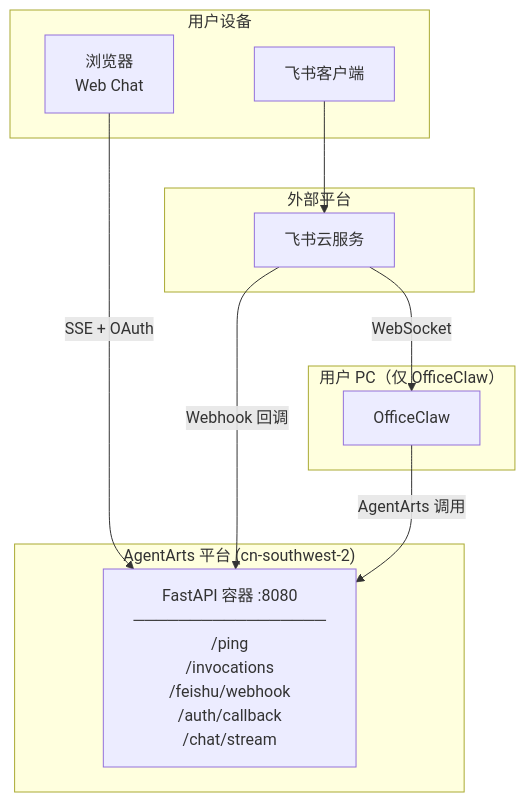
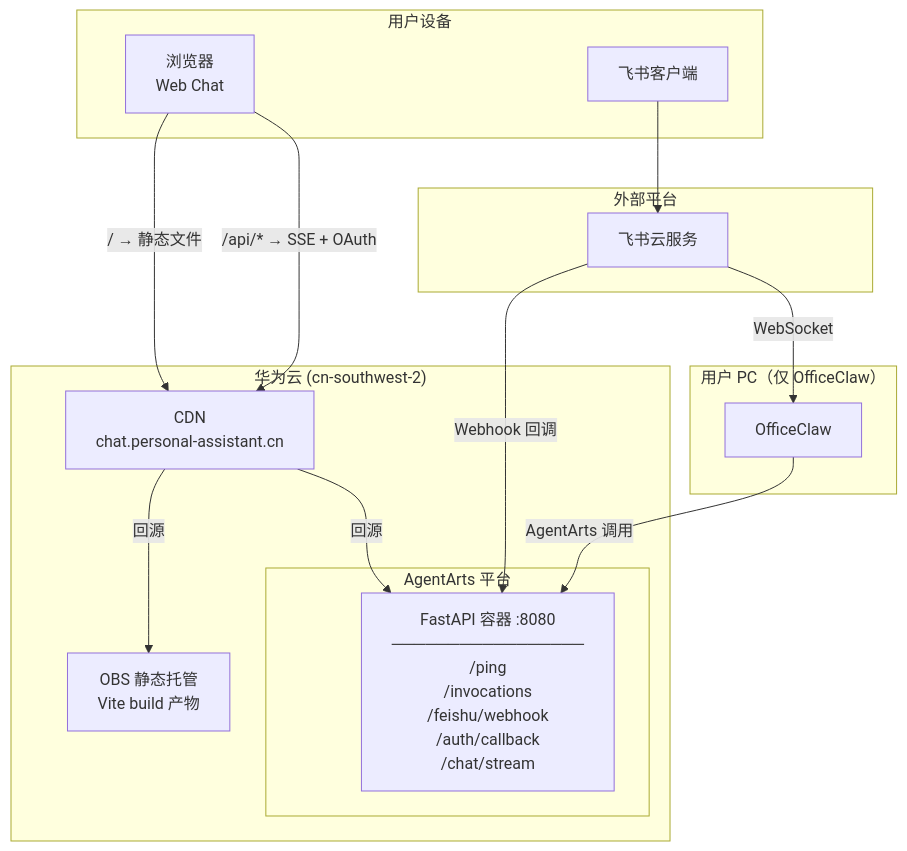
The seventh of 7 diagrams in personal-assistant-meta/architecture/frontend_architecture.md (T-1009/personal-assistant), drawn with Mermaid before and after one commit. The commit also changed other lines of this file, not shown here.

````diff
--- a/personal-assistant-meta/architecture/frontend_architecture.md
+++ b/personal-assistant-meta/architecture/frontend_architecture.md
@@ -196,25 +198,32 @@
 ```mermaid
 flowchart TB
     subgraph UserDevices["用户设备"]
         Browser["浏览器<br/>Web Chat"]
         FeishuApp["飞书客户端"]
     end
 
     subgraph ExternalPlatforms["外部平台"]
         FeishuCloud["飞书云服务"]
     end
 
     subgraph UserPC["用户 PC（仅 OfficeClaw）"]
         OC["OfficeClaw"]
     end
 
-    subgraph AgentArts["AgentArts 平台 (cn-southwest-2)"]
-        FastAPI["FastAPI 容器 :8080<br/>─────────────────<br/>/ping<br/>/invocations<br/>/feishu/webhook<br/>/auth/callback<br/>/chat/stream"]
+    subgraph HuaweiCloud["华为云 (cn-southwest-2)"]
+        CDN["CDN<br/>chat.personal-assistant.cn"]
+        OBS["OBS 静态托管<br/>Vite build 产物"]
+        subgraph AgentArts["AgentArts 平台"]
+            FastAPI["FastAPI 容器 :8080<br/>─────────────────<br/>/ping<br/>/invocations<br/>/feishu/webhook<br/>/auth/callback<br/>/chat/stream"]
+        end
     end
 
-    Browser -->|"SSE + OAuth"| FastAPI
+    Browser -->|"/ → 静态文件"| CDN
+    CDN -->|"回源"| OBS
+    Browser -->|"/api/* → SSE + OAuth"| CDN
+    CDN -->|"回源"| FastAPI
     FeishuApp --> FeishuCloud
     FeishuCloud -->|"Webhook 回调"| FastAPI
     FeishuCloud -->|"WebSocket"| OC
     OC -->|"AgentArts 调用"| FastAPI
 ```
````
